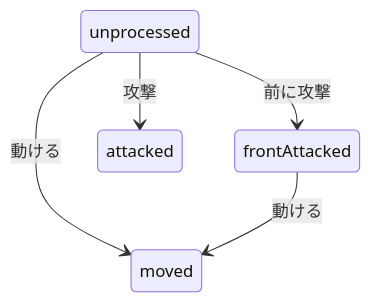
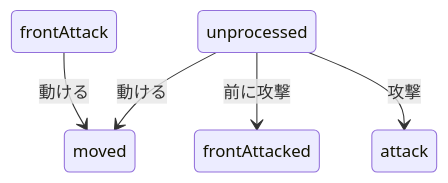
The diagram in README.md (naosim/logicalwars), drawn with Mermaid before and after one commit. The commit also changed 4 other files, not shown here.

````diff
--- a/README.md
+++ b/README.md
@@ -16,7 +16,7 @@
 ```mermaid
 stateDiagram-v2
     unprocessed --> moved:動ける
     unprocessed --> frontAttacked:前に攻撃
-    unprocessed --> attacked:攻撃
-    frontAttacked --> moved:動ける
+    unprocessed --> attack:攻撃
+    frontAttack --> moved:動ける
 ```
````
